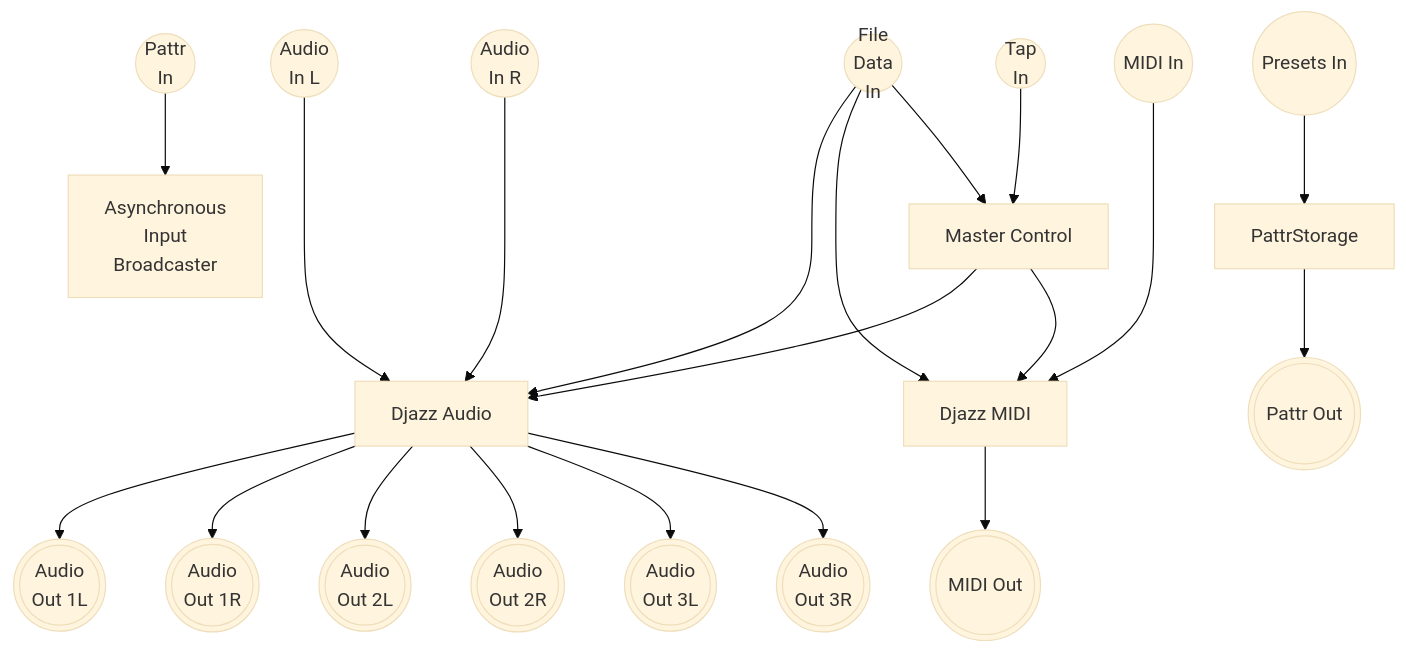
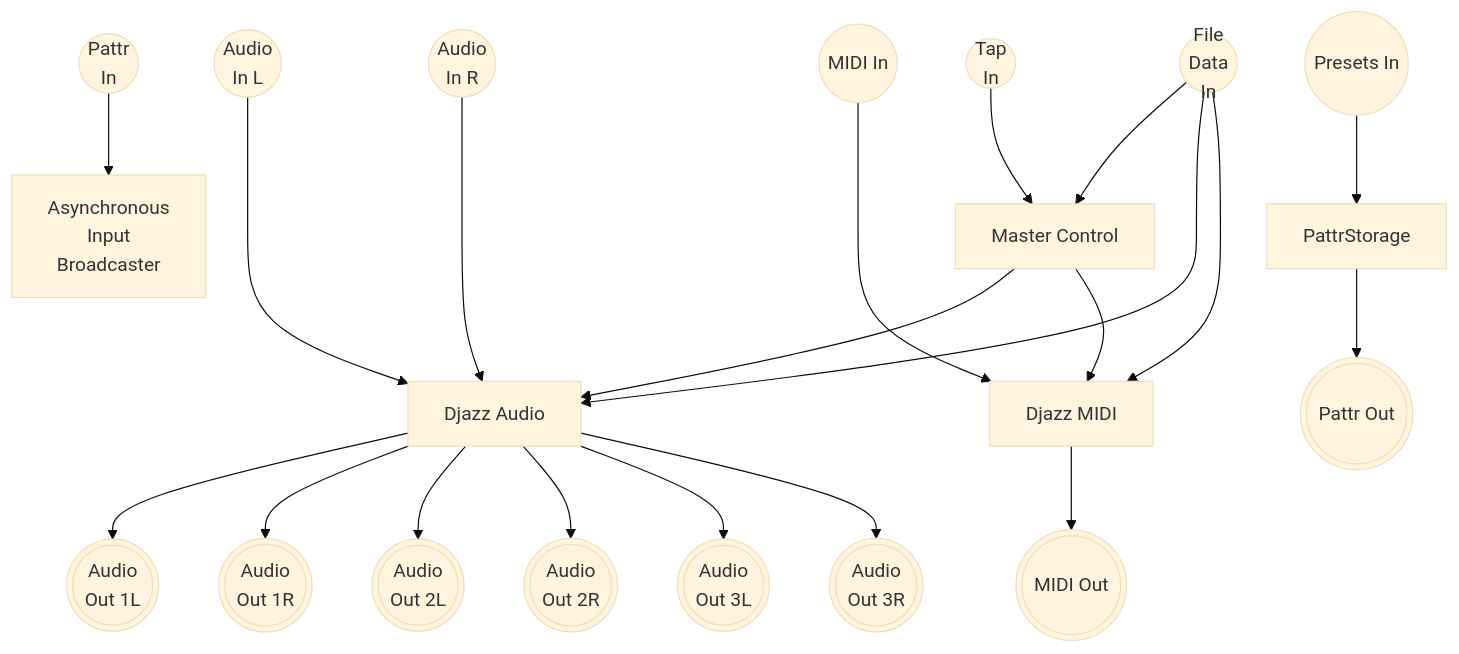
Before and after one commit to repmus-docs/DjazzDocs: the diagram in content/3_API/1_abstraction_references/djazz.md, drawn with Mermaid (base theme).

Commit message:
update djazz diagram

```diff
--- a/content/3_API/1_abstraction_references/djazz.md
+++ b/content/3_API/1_abstraction_references/djazz.md
@@ -8,61 +8,60 @@
 {{<mermaid align="left">}}
 flowchart TB;
 
 
 TapIn((Tap\nIn))
 PattrIn((Pattr\nIn))
 
 AudioIn1((Audio\nIn L))
 AudioIn2((Audio\nIn R))
 MidiIn((MIDI In))
 
 DataIn((File\nData\nIn))
 PresetIn((Presets In))
 
 PattrBroadcast[Asynchronous\nInput\nBroadcaster]
 Master[Master Control]
 Audio[Djazz Audio]
 Midi[Djazz MIDI]
 PattrStorage[PattrStorage]
 
 
 click Master "./../components/master_control.html" "Master Control"
 click Audio "audio.html" "Master Control"
 click Midi "midi.html" "Master Control"
 
 
 AudioOut1(((Audio\nOut 1L)))
 AudioOut2(((Audio\nOut 1R)))
 AudioOut3(((Audio\nOut 2L)))
 AudioOut4(((Audio\nOut 2R)))
 AudioOut5(((Audio\nOut 3L)))
 AudioOut6(((Audio\nOut 3R)))
 MidiOut(((MIDI Out)))
 PattrOut(((Pattr Out)))
 
 TapIn-->Master
 
 PattrIn-->PattrBroadcast
-
-DataIn-->Audio
-DataIn-->Midi
 AudioIn1--->Audio
 AudioIn2--->Audio
 MidiIn--->Midi
 DataIn-->Master
+DataIn-->Audio
+DataIn-->Midi
 Master-->Audio
 Master-->Midi
 
 Audio-->AudioOut1
 Audio-->AudioOut2
 Audio-->AudioOut3
 Audio-->AudioOut4
 Audio-->AudioOut5
 Audio-->AudioOut6
 
 Midi-->MidiOut
 
 PresetIn-->PattrStorage
 PattrStorage-->PattrOut
 
 {{< /mermaid >}}
```
